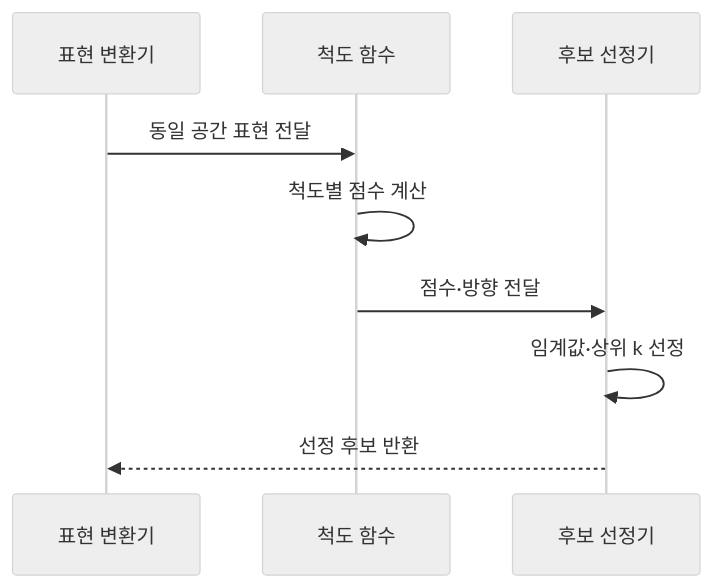
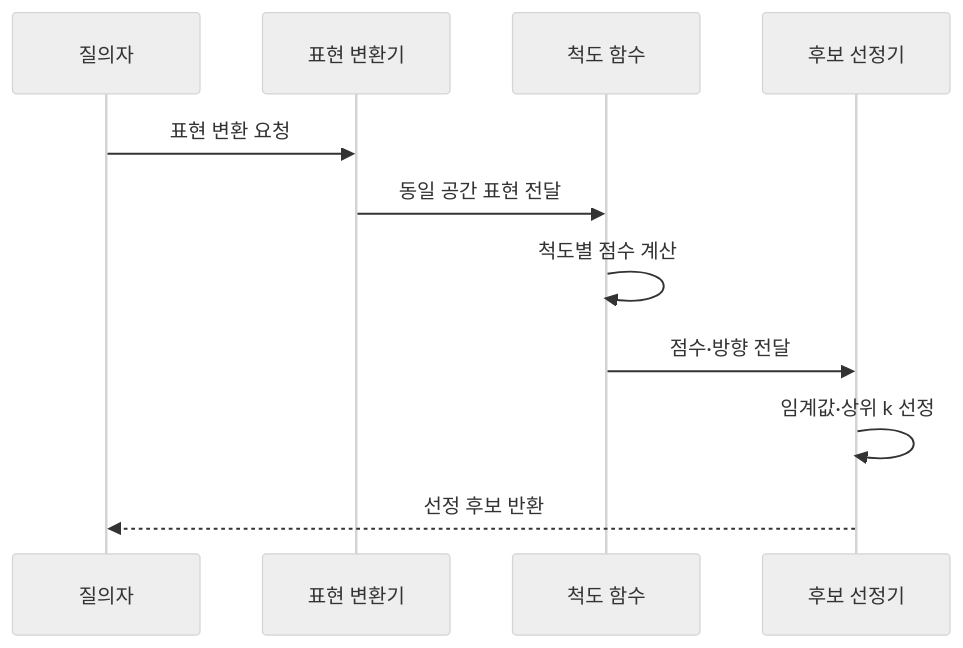
One commit to agnusdei1207/knowledge-base changed the second of 2 diagrams in src/content/docs/notes/01-basic-theory/037_similarity_measures.md. Above: the diagram before and after it, drawn with Mermaid (neutral theme). The commit also changed other lines of this file and 7 other files, not shown here.

````diff
--- a/src/content/docs/notes/01-basic-theory/037_similarity_measures.md
+++ b/src/content/docs/notes/01-basic-theory/037_similarity_measures.md
@@ -82,11 +82,13 @@
 ```mermaid
 sequenceDiagram
+    participant Q as 질의자
     participant T as 표현 변환기
     participant F as 척도 함수
     participant R as 후보 선정기
+    Q->>T: 표현 변환 요청
     T->>F: 동일 공간 표현 전달
     F->>F: 척도별 점수 계산
     F->>R: 점수·방향 전달
     R->>R: 임계값·상위 k 선정
-    R-->>T: 선정 후보 반환
+    R-->>Q: 선정 후보 반환
 ```
````
